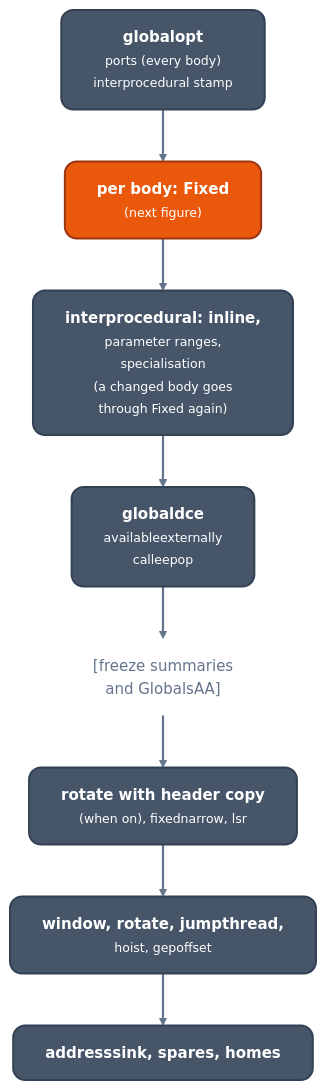
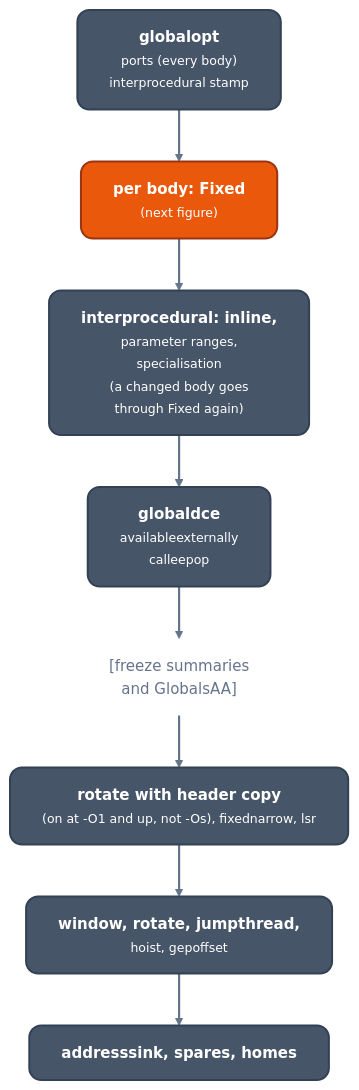
One commit to ali-mosavian/llrm changed the third of 6 diagrams in docs/architecture/readme.md. Above: the diagram before and after it, drawn with Mermaid. The commit also changed 77 other files, not shown here.

First line of the commit message:
perf(pipeline): header copy on by default; hoist before the counters are chosen (#1442)

````diff
--- a/docs/architecture/readme.md
+++ b/docs/architecture/readme.md
@@ -137,23 +137,23 @@
 ```mermaid
 %%{init: {'theme':'base','themeVariables':{'fontFamily':'Segoe UI, Helvetica Neue, Arial, DejaVu Sans, sans-serif','fontSize':'15px','primaryColor':'#475569','primaryTextColor':'#ffffff','primaryBorderColor':'#334155','lineColor':'#64748b','secondaryColor':'#475569','tertiaryColor':'transparent','clusterBkg':'transparent','clusterBorder':'#64748b','edgeLabelBackground':'#334155','textColor':'#64748b','titleColor':'#64748b'},'flowchart':{'curve':'basis','nodeSpacing':38,'rankSpacing':52,'padding':16,'wrappingWidth':360,'htmlLabels':true,'useMaxWidth':true}}}%%
 flowchart TB
   classDef mid fill:#475569,stroke:#334155,stroke-width:2px,color:#ffffff,rx:12px,ry:12px
   classDef opt fill:#ea580c,stroke:#9a3412,stroke-width:2px,color:#ffffff,rx:12px,ry:12px
   classDef note fill:transparent,stroke:transparent,color:#64748b
   linkStyle default stroke:#64748b,stroke-width:2.2px
   a["<b>globalopt</b><br/><small>ports (every body)<br/>interprocedural stamp</small>"]:::mid
   b["<b>per body: Fixed</b><br/><small>(next figure)</small>"]:::opt
   c["<b>interprocedural: inline,</b><br/><small>parameter ranges,<br/>specialisation<br/>(a changed body goes<br/>through Fixed again)</small>"]:::mid
   d["<b>globaldce</b><br/><small>availableexternally<br/>calleepop</small>"]:::mid
   e["[freeze summaries<br/>and GlobalsAA]"]:::note
-  f["<b>rotate with header copy</b><br/><small>(when on), fixednarrow, lsr</small>"]:::mid
+  f["<b>rotate with header copy</b><br/><small>(on at -O1 and up, not -Os), fixednarrow, lsr</small>"]:::mid
   g["<b>window, rotate, jumpthread,</b><br/><small>hoist, gepoffset</small>"]:::mid
   h["<b>addresssink, spares, homes</b>"]:::mid
   a --> b
   b --> c
   c --> d
   d --> e
   e --> f
   f --> g
   g --> h
 ```
````
